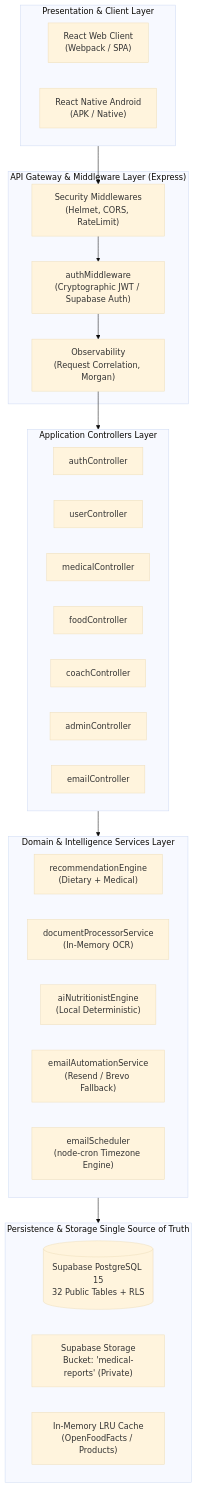
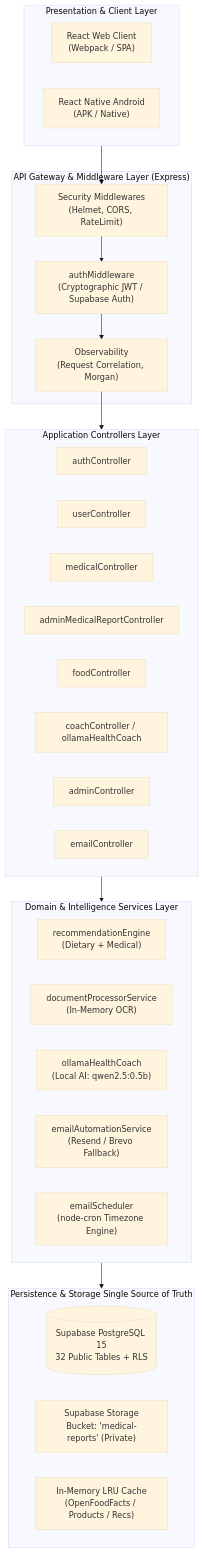
One commit to Sham-2005/foodiebite changed the diagram in Vulnerability Test Results/backend-inventory.md. Above: the diagram before and after it, drawn with Mermaid (base theme). The commit also changed other lines of this file and 1174 other files, not shown here.

````diff
--- a/Vulnerability Test Results/backend-inventory.md
+++ b/Vulnerability Test Results/backend-inventory.md
@@ -27,44 +30,45 @@
 ```mermaid
 flowchart TD
     subgraph ClientLayer["Presentation & Client Layer"]
         WEB["React Web Client<br/>(Webpack / SPA)"]
         MOB["React Native Android<br/>(APK / Native)"]
     end
 
     subgraph GatewayLayer["API Gateway & Middleware Layer (Express)"]
         SEC["Security Middlewares<br/>(Helmet, CORS, RateLimit)"]
         AUTH["authMiddleware<br/>(Cryptographic JWT / Supabase Auth)"]
         LOG["Observability<br/>(Request Correlation, Morgan)"]
     end
 
     subgraph ControllerLayer["Application Controllers Layer"]
         C_AUTH["authController"]
         C_USER["userController"]
         C_MED["medicalController"]
+        C_AMED["adminMedicalReportController"]
         C_FOOD["foodController"]
-        C_COACH["coachController"]
+        C_COACH["coachController / ollamaHealthCoach"]
         C_ADMIN["adminController"]
         C_EMAIL["emailController"]
     end
 
     subgraph ServiceLayer["Domain & Intelligence Services Layer"]
         S_REC["recommendationEngine<br/>(Dietary + Medical)"]
         S_DOC["documentProcessorService<br/>(In-Memory OCR)"]
-        S_AI["aiNutritionistEngine<br/>(Local Deterministic)"]
+        S_AI["ollamaHealthCoach<br/>(Local AI: qwen2.5:0.5b)"]
         S_MAIL["emailAutomationService<br/>(Resend / Brevo Fallback)"]
         S_CRON["emailScheduler<br/>(node-cron Timezone Engine)"]
     end
 
     subgraph DataLayer["Persistence & Storage Single Source of Truth"]
         DB[("Supabase PostgreSQL 15<br/>32 Public Tables + RLS")]
         STORE["Supabase Storage<br/>Bucket: 'medical-reports' (Private)"]
-        CACHE["In-Memory LRU Cache<br/>(OpenFoodFacts / Products)"]
+        CACHE["In-Memory LRU Cache<br/>(OpenFoodFacts / Products / Recs)"]
     end
 
     ClientLayer --> SEC
     SEC --> AUTH
     AUTH --> LOG
     LOG --> ControllerLayer
     ControllerLayer --> ServiceLayer
     ServiceLayer --> DataLayer
 ```
````
